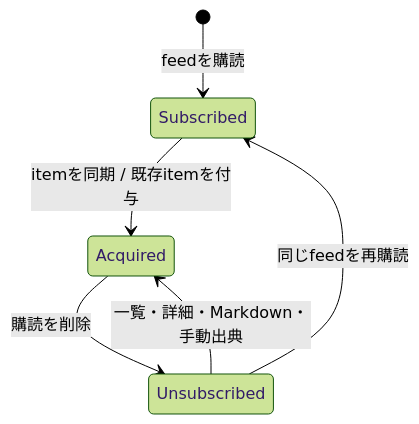
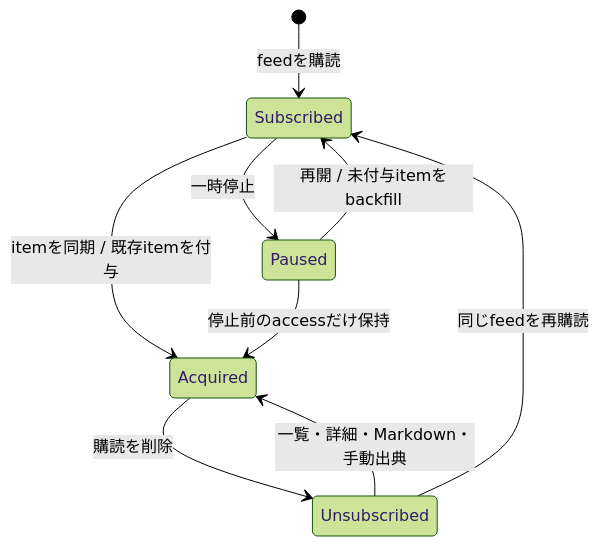
Before and after one commit to r4ai/news-podcast: the diagram in docs/adr/0069-separate-subscription-from-article-access.md, drawn with Mermaid (forest theme). The commit also changed other lines of this file and 11 other files, not shown here.

````diff
--- a/docs/adr/0069-separate-subscription-from-article-access.md
+++ b/docs/adr/0069-separate-subscription-from-article-access.md
@@ -20,8 +20,11 @@
 ```mermaid
 stateDiagram-v2
   [*] --> Subscribed: feedを購読
   Subscribed --> Acquired: itemを同期 / 既存itemを付与
+  Subscribed --> Paused: 一時停止
+  Paused --> Subscribed: 再開 / 未付与itemをbackfill
+  Paused --> Acquired: 停止前のaccessだけ保持
   Acquired --> Unsubscribed: 購読を削除
   Unsubscribed --> Acquired: 一覧・詳細・Markdown・手動出典
   Unsubscribed --> Subscribed: 同じfeedを再購読
 ```
````
